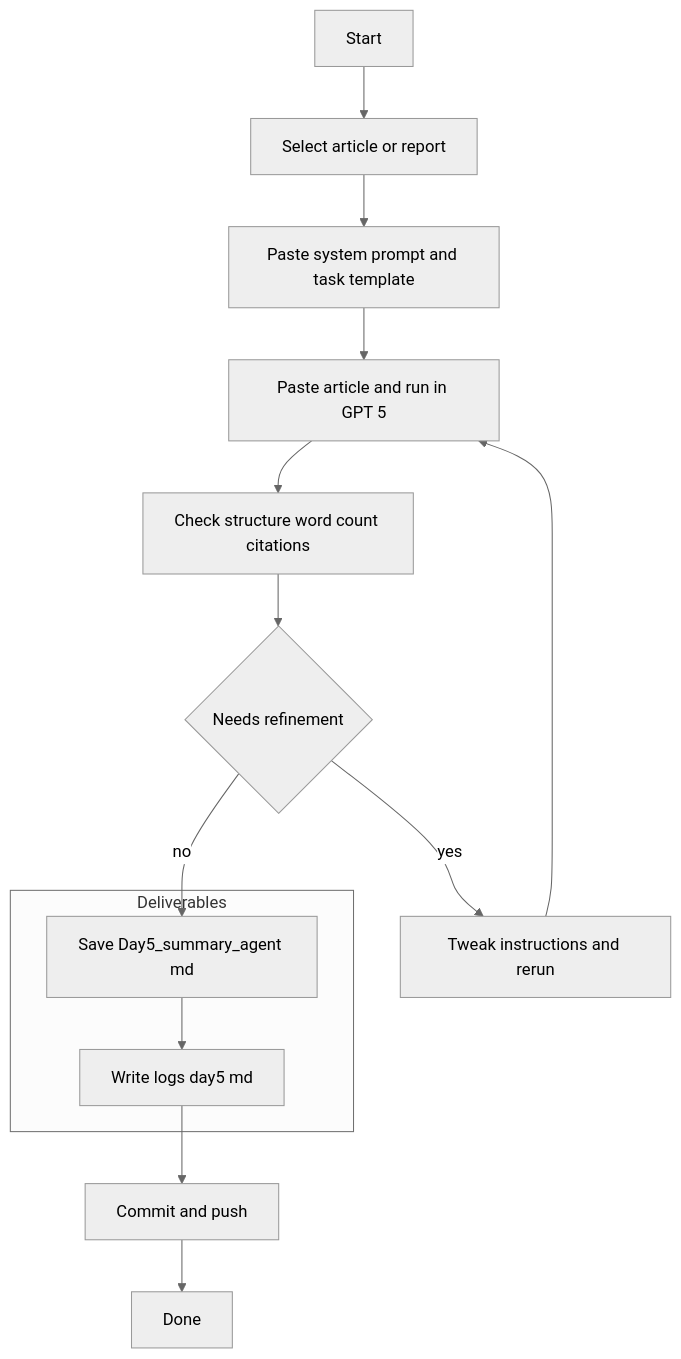
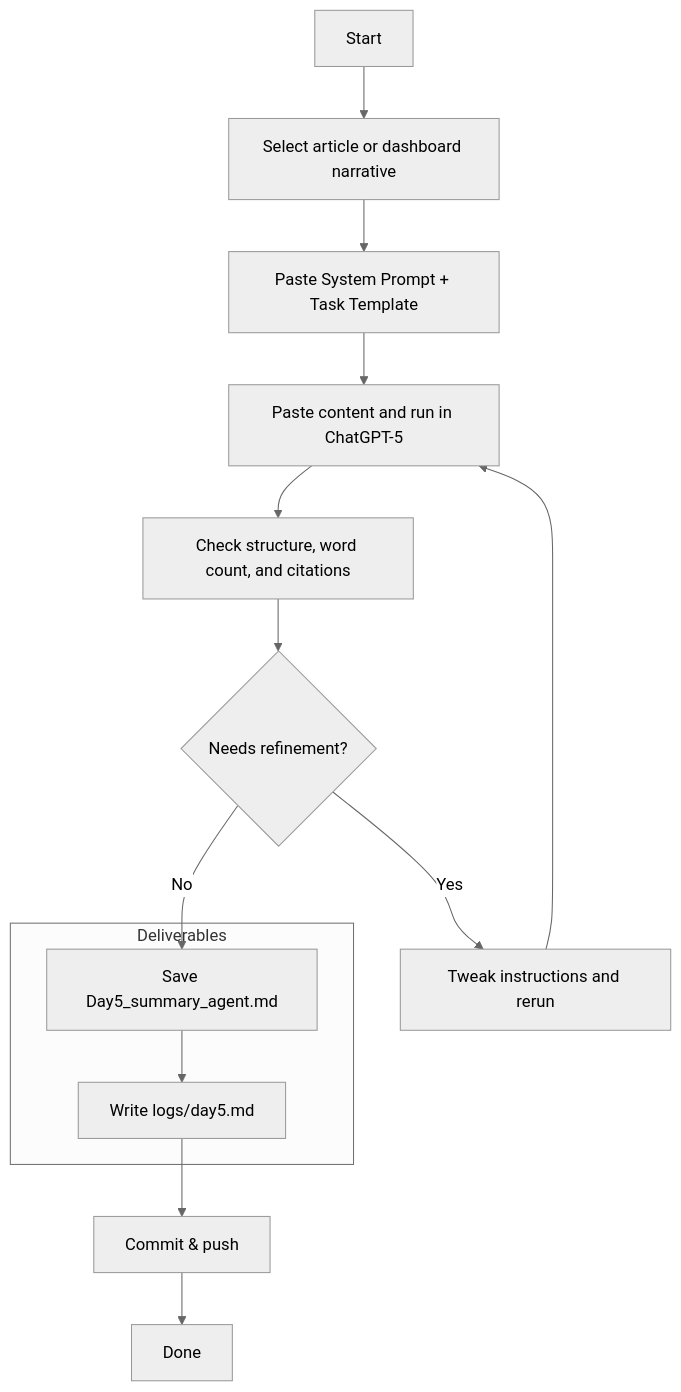
Before and after one commit to emcdo411/ai-agent-mastery-20days: the diagram in Week1_ChatGPT_Perplexity/Day5/lesson.md, drawn with Mermaid (neutral theme). The commit also changed other lines of this file, not shown here.

````diff
--- a/Week1_ChatGPT_Perplexity/Day5/lesson.md
+++ b/Week1_ChatGPT_Perplexity/Day5/lesson.md
@@ -148,19 +167,19 @@
 ```mermaid
 flowchart TB
-    A[Start] --> B[Select article or report]
-    B --> C[Paste system prompt and task template]
-    C --> D[Paste article and run in GPT 5]
-    D --> E[Check structure word count citations]
-    E --> F{Needs refinement}
-    F -- yes --> G[Tweak instructions and rerun]
+    A[Start] --> B[Select article or dashboard narrative]
+    B --> C[Paste System Prompt + Task Template]
+    C --> D[Paste content and run in ChatGPT-5]
+    D --> E[Check structure, word count, and citations]
+    E --> F{Needs refinement?}
+    F -- Yes --> G[Tweak instructions and rerun]
     G --> D
-    F -- no --> H[Save Day5_summary_agent md]
-    H --> I[Write logs day5 md]
-    I --> J[Commit and push]
+    F -- No --> H[Save Day5_summary_agent.md]
+    H --> I[Write logs/day5.md]
+    I --> J[Commit & push]
     J --> K[Done]
 
     subgraph Deliverables
         H
         I
     end
 ```
````
